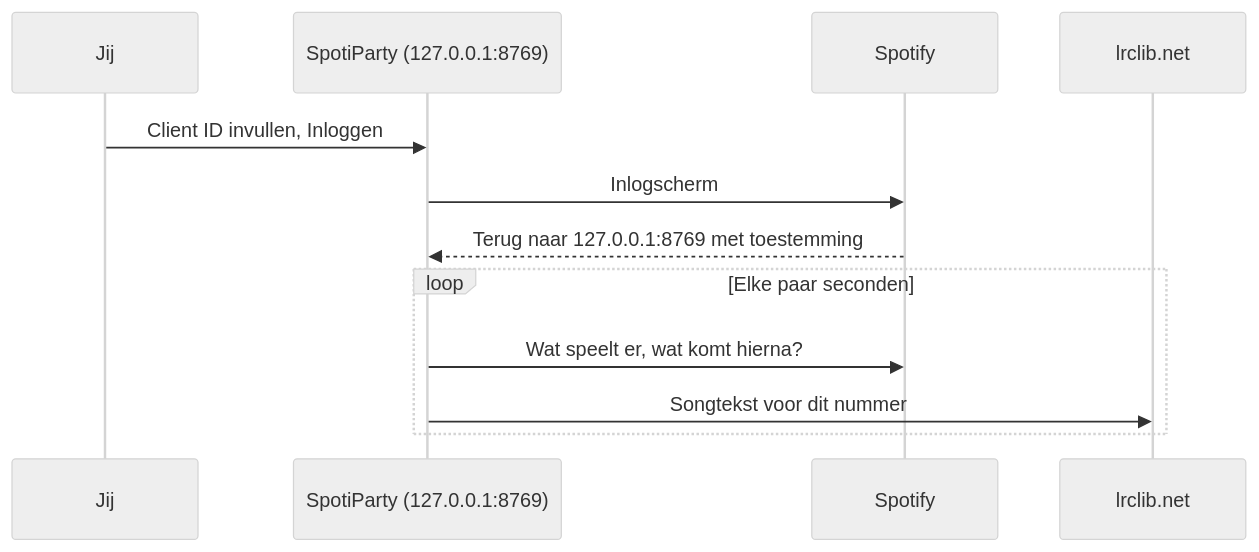
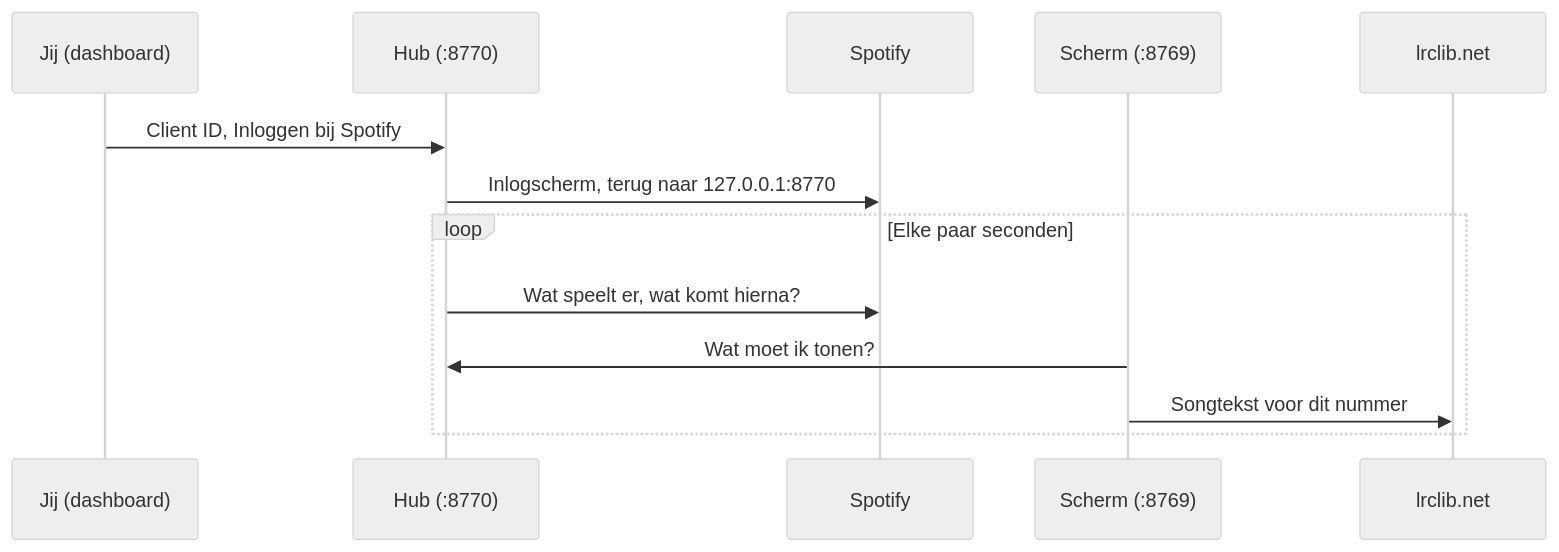
Before and after one commit to CodeAura/SpotiParty: the diagram in docs/pc/README.md, drawn with Mermaid (neutral theme). The commit also changed other lines of this file and 28 other files, not shown here.

First line of the commit message:
docs: updated for 2.7.0 (Spotify at the Hub, party games, auto-update, release steps)

````diff
--- a/docs/pc/README.md
+++ b/docs/pc/README.md
@@ -23,14 +28,15 @@
 ```mermaid
 sequenceDiagram
-    participant J as Jij
-    participant S as SpotiParty (127.0.0.1:8769)
+    participant J as Jij (dashboard)
+    participant H as Hub (:8770)
     participant SP as Spotify
+    participant S as Scherm (:8769)
     participant L as lrclib.net
-    J->>S: Client ID invullen, Inloggen
-    S->>SP: Inlogscherm
-    SP-->>S: Terug naar 127.0.0.1:8769 met toestemming
+    J->>H: Client ID, Inloggen bij Spotify
+    H->>SP: Inlogscherm, terug naar 127.0.0.1:8770
     loop Elke paar seconden
-        S->>SP: Wat speelt er, wat komt hierna?
+        H->>SP: Wat speelt er, wat komt hierna?
+        S->>H: Wat moet ik tonen?
         S->>L: Songtekst voor dit nummer
     end
 ```
````
